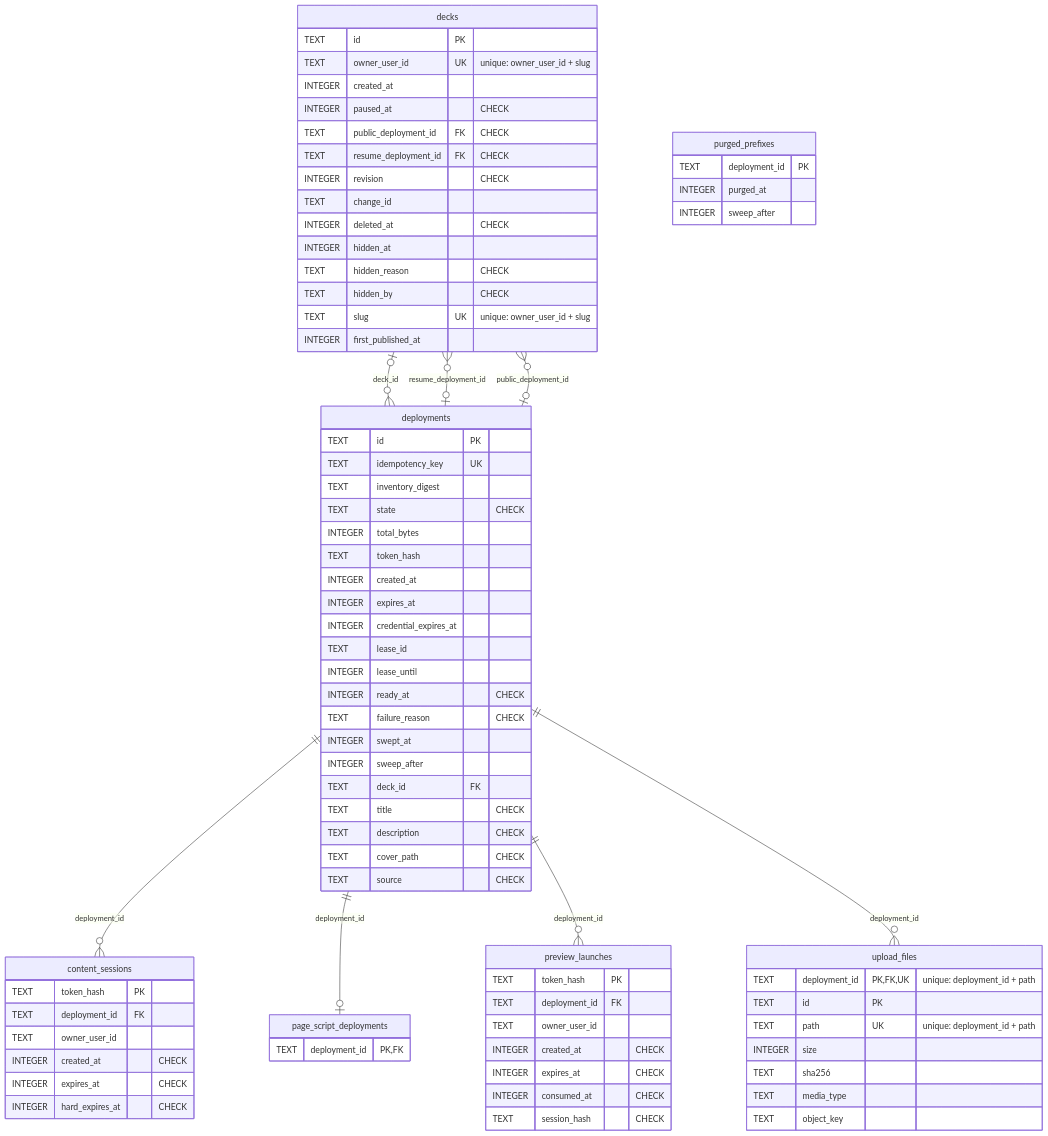
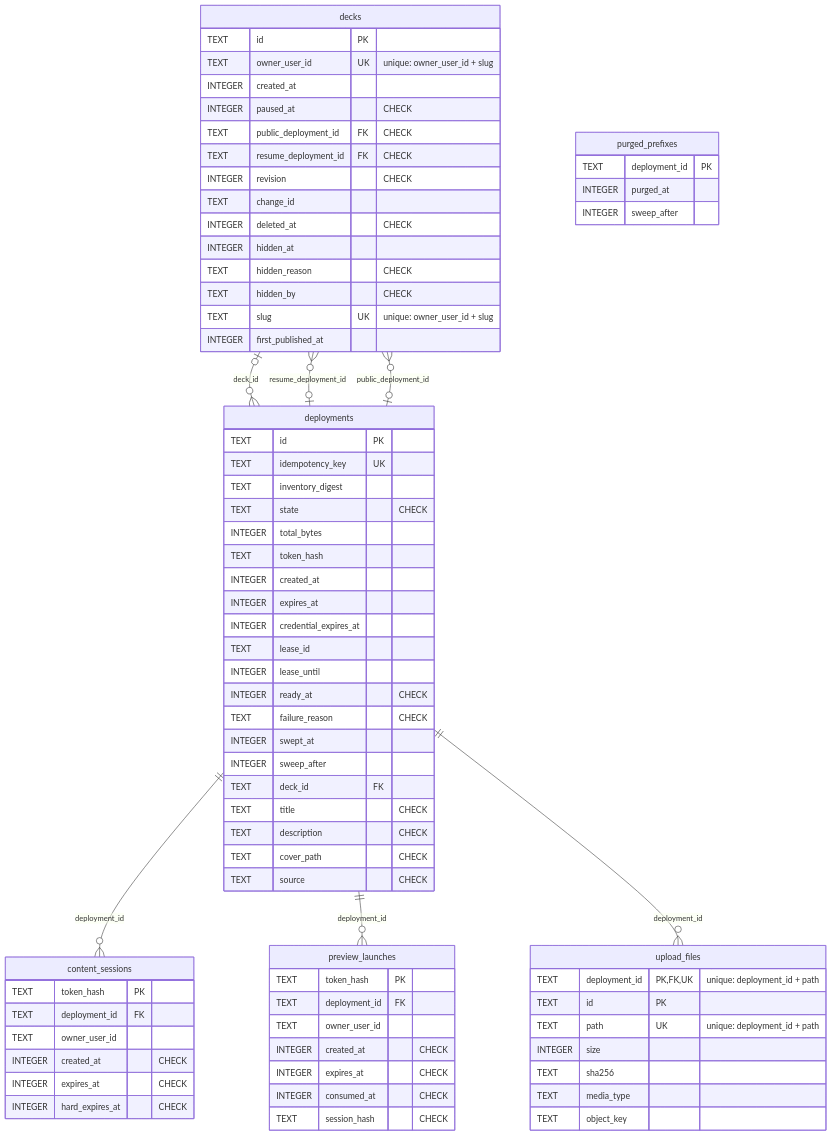
Before and after one commit to piconic-ai/slide: the fourth of 8 diagrams in docs/dev/er-diagram.md, drawn with Mermaid. The commit also changed other lines of this file and 23 other files, not shown here.

First line of the commit message:
Take the pages of every public version, and drop the note of which loaded the page script

````diff
--- a/docs/dev/er-diagram.md
+++ b/docs/dev/er-diagram.md
@@ -197,82 +195,78 @@
 ```mermaid
 erDiagram
     content_sessions {
         TEXT token_hash PK
         TEXT deployment_id FK
         TEXT owner_user_id
         INTEGER created_at "CHECK"
         INTEGER expires_at "CHECK"
         INTEGER hard_expires_at "CHECK"
     }
     decks {
         TEXT id PK
         TEXT owner_user_id UK "unique: owner_user_id + slug"
         INTEGER created_at
         INTEGER paused_at "CHECK"
         TEXT public_deployment_id FK "CHECK"
         TEXT resume_deployment_id FK "CHECK"
         INTEGER revision "CHECK"
         TEXT change_id
         INTEGER deleted_at "CHECK"
         INTEGER hidden_at
         TEXT hidden_reason "CHECK"
         TEXT hidden_by "CHECK"
         TEXT slug UK "unique: owner_user_id + slug"
         INTEGER first_published_at
     }
     deployments {
         TEXT id PK
         TEXT idempotency_key UK
         TEXT inventory_digest
         TEXT state "CHECK"
         INTEGER total_bytes
         TEXT token_hash
         INTEGER created_at
         INTEGER expires_at
         INTEGER credential_expires_at
         TEXT lease_id
         INTEGER lease_until
         INTEGER ready_at "CHECK"
         TEXT failure_reason "CHECK"
         INTEGER swept_at
         INTEGER sweep_after
         TEXT deck_id FK
         TEXT title "CHECK"
         TEXT description "CHECK"
         TEXT cover_path "CHECK"
         TEXT source "CHECK"
     }
-    page_script_deployments {
-        TEXT deployment_id PK, FK
-    }
     preview_launches {
         TEXT token_hash PK
         TEXT deployment_id FK
         TEXT owner_user_id
         INTEGER created_at "CHECK"
         INTEGER expires_at "CHECK"
         INTEGER consumed_at "CHECK"
         TEXT session_hash "CHECK"
     }
     purged_prefixes {
         TEXT deployment_id PK
         INTEGER purged_at
         INTEGER sweep_after
     }
     upload_files {
         TEXT deployment_id PK, FK, UK "unique: deployment_id + path"
         TEXT id PK
         TEXT path UK "unique: deployment_id + path"
         INTEGER size
         TEXT sha256
         TEXT media_type
         TEXT object_key
     }
     deployments ||--o{ content_sessions : "deployment_id"
     deployments |o--o{ decks : "resume_deployment_id"
     deployments |o--o{ decks : "public_deployment_id"
     decks |o--o{ deployments : "deck_id"
-    deployments ||--o| page_script_deployments : "deployment_id"
     deployments ||--o{ preview_launches : "deployment_id"
     deployments ||--o{ upload_files : "deployment_id"
 ```
````
